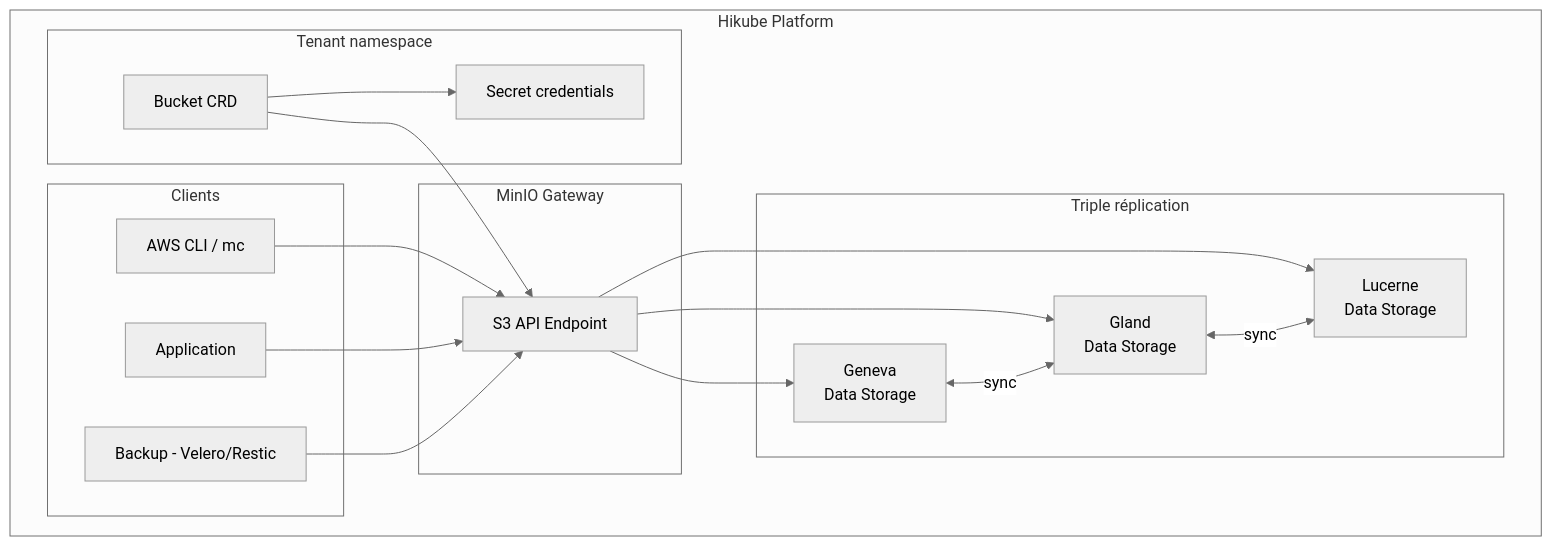
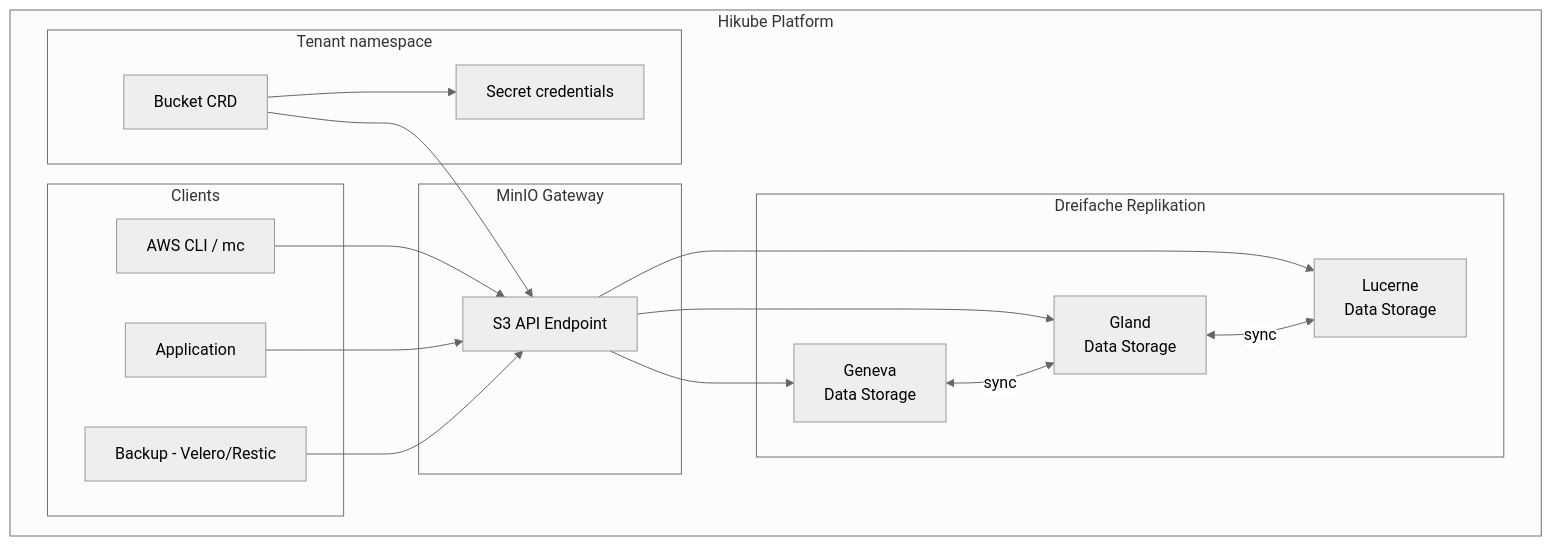
One commit to HidoraSwiss/hikube-public-doc changed the diagram in i18n/de/docusaurus-plugin-content-docs/current/services/storage/buckets/concepts.md. Above: the diagram before and after it, drawn with Mermaid (neutral theme). The commit also changed other lines of this file and 121 other files, not shown here.

````diff
--- a/i18n/de/docusaurus-plugin-content-docs/current/services/storage/buckets/concepts.md
+++ b/i18n/de/docusaurus-plugin-content-docs/current/services/storage/buckets/concepts.md
@@ -12,36 +12,36 @@
 ```mermaid
 graph TB
     subgraph "Hikube Platform"
         subgraph "Tenant namespace"
             CR[Bucket CRD]
             SEC[Secret credentials]
         end
 
         subgraph "MinIO Gateway"
             GW[S3 API Endpoint]
         end
 
-        subgraph "Triple réplication"
+        subgraph "Dreifache Replikation"
             DC1[Geneva<br/>Data Storage]
             DC2[Gland<br/>Data Storage]
             DC3[Lucerne<br/>Data Storage]
         end
 
         subgraph "Clients"
             CLI[AWS CLI / mc]
             APP[Application]
             BKP[Backup - Velero/Restic]
         end
     end
 
     CR --> GW
     GW --> DC1
     GW --> DC2
     GW --> DC3
     DC1 <-->|sync| DC2
     DC2 <-->|sync| DC3
     CLI --> GW
     APP --> GW
     BKP --> GW
     CR --> SEC
 ```
````
